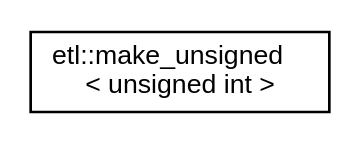
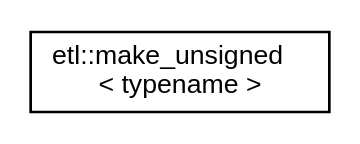
Before and after one commit to tobanteAudio/taetl: the diagram in inherit_graph_52.dot, drawn with Graphviz. The commit also changed 162 other files, not shown here.

```diff
--- a/inherit_graph_52.dot
+++ b/inherit_graph_52.dot
@@ -1,7 +1,7 @@
 digraph "Graphical Class Hierarchy"
 {
   edge [fontname="Helvetica",fontsize="10",labelfontname="Helvetica",labelfontsize="10"];
   node [fontname="Helvetica",fontsize="10",shape=record];
   rankdir="LR";
-  Node0 [label="etl::make_unsigned\l\< unsigned int \>",height=0.2,width=0.4,color="black", fillcolor="white", style="filled",URL="$structetl_1_1make__unsigned_3_01unsigned_01int_01_4.html"];
+  Node0 [label="etl::make_unsigned\l\< typename \>",height=0.2,width=0.4,color="black", fillcolor="white", style="filled",URL="$structetl_1_1make__unsigned.html",tooltip="If T is an integral (except bool) or enumeration type, provides the member typedef type which is the ..."];
 }
```
